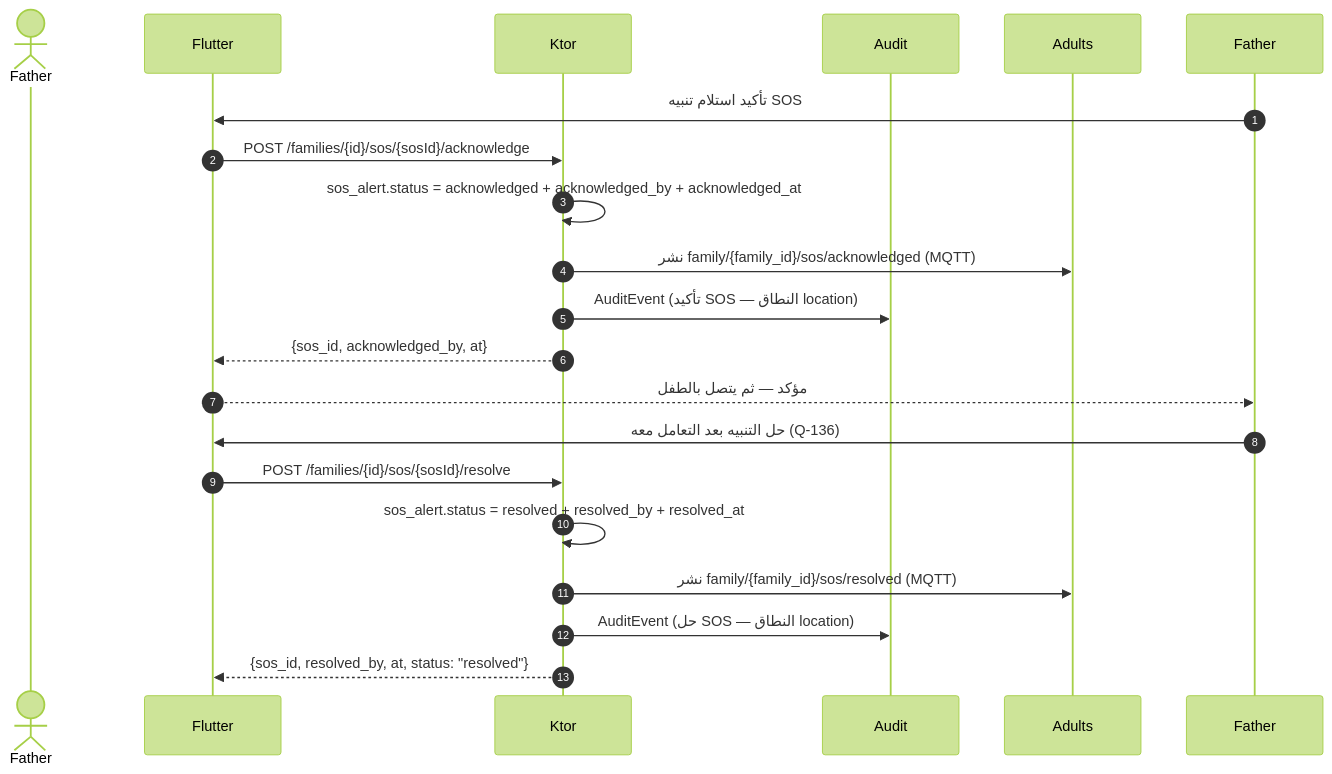
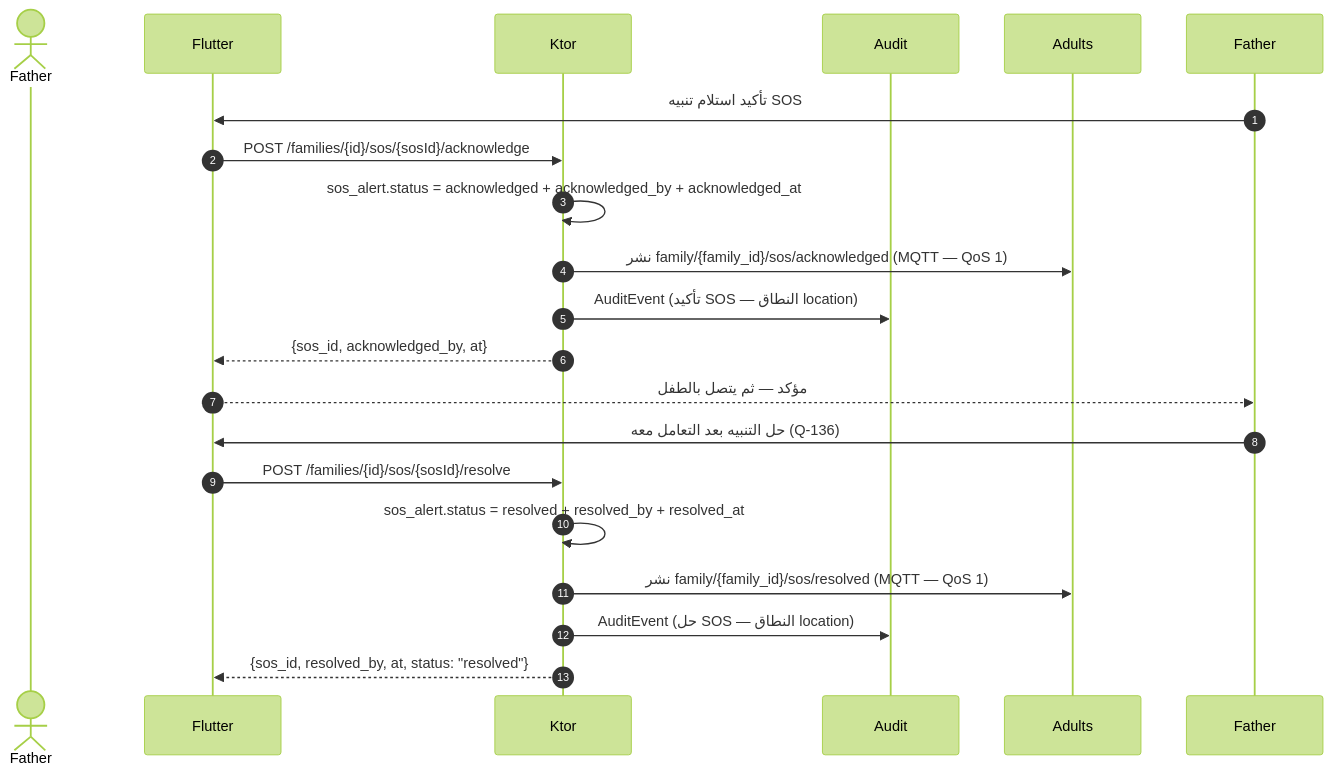
The seventh of 13 diagrams in docs/family-os/governance/phases/phase-1/S1-07-location-basic/DIAGRAMS.md (Bassam-mohammed-alqaeadi/family-os-v2), drawn with Mermaid (forest theme) before and after one commit. The commit also changed other lines of this file and 19 other files, not shown here.

````diff
--- a/docs/family-os/governance/phases/phase-1/S1-07-location-basic/DIAGRAMS.md
+++ b/docs/family-os/governance/phases/phase-1/S1-07-location-basic/DIAGRAMS.md
@@ -250,22 +254,22 @@
 ```mermaid
 sequenceDiagram
     autonumber
     actor الأب as Father
     participant التطبيق as Flutter
     participant الخادم as Ktor
     participant التدقيق as Audit
     participant البالغون as Adults
     Father->>التطبيق: تأكيد استلام تنبيه SOS
     التطبيق->>الخادم: POST /families/{id}/sos/{sosId}/acknowledge
     الخادم->>الخادم: sos_alert.status = acknowledged + acknowledged_by + acknowledged_at
-    الخادم->>البالغون: نشر family/{family_id}/sos/acknowledged (MQTT)
+    الخادم->>البالغون: نشر family/{family_id}/sos/acknowledged (MQTT — QoS 1)
     الخادم->>التدقيق: AuditEvent (تأكيد SOS — النطاق location)
     الخادم-->>التطبيق: {sos_id, acknowledged_by, at}
     التطبيق-->>Father: مؤكد — ثم يتصل بالطفل
     Father->>التطبيق: حل التنبيه بعد التعامل معه (Q-136)
     التطبيق->>الخادم: POST /families/{id}/sos/{sosId}/resolve
     الخادم->>الخادم: sos_alert.status = resolved + resolved_by + resolved_at
-    الخادم->>البالغون: نشر family/{family_id}/sos/resolved (MQTT)
+    الخادم->>البالغون: نشر family/{family_id}/sos/resolved (MQTT — QoS 1)
     الخادم->>التدقيق: AuditEvent (حل SOS — النطاق location)
     الخادم-->>التطبيق: {sos_id, resolved_by, at, status: "resolved"}
 ```
````
